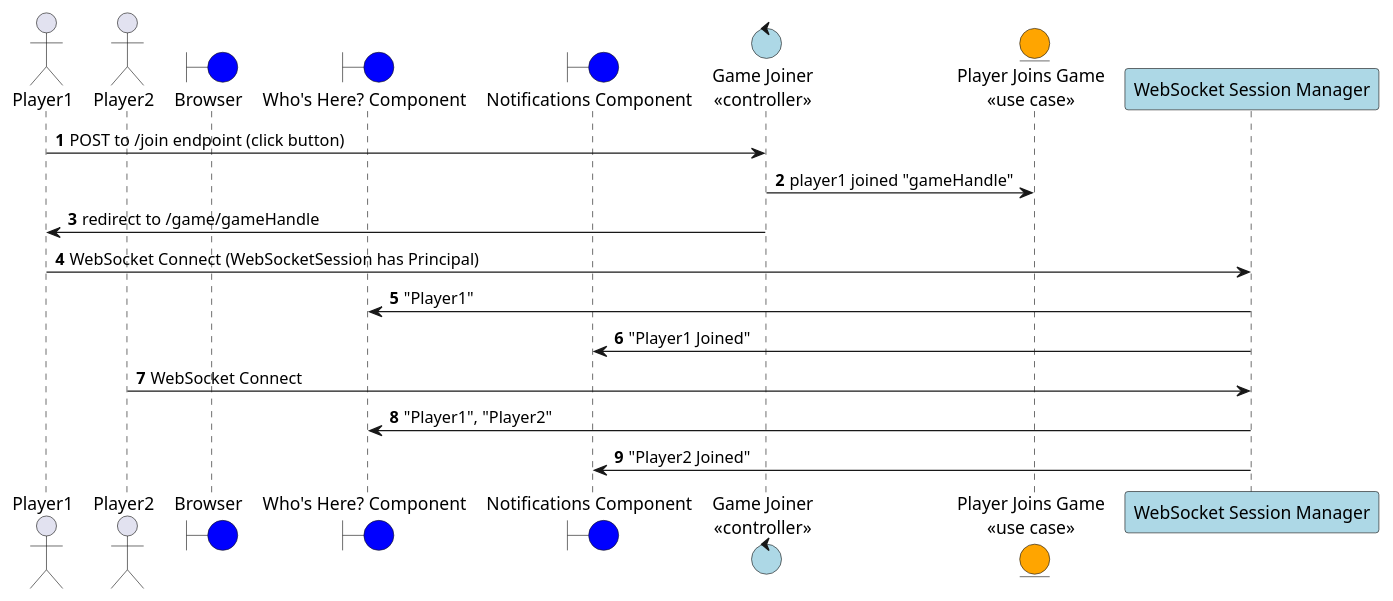
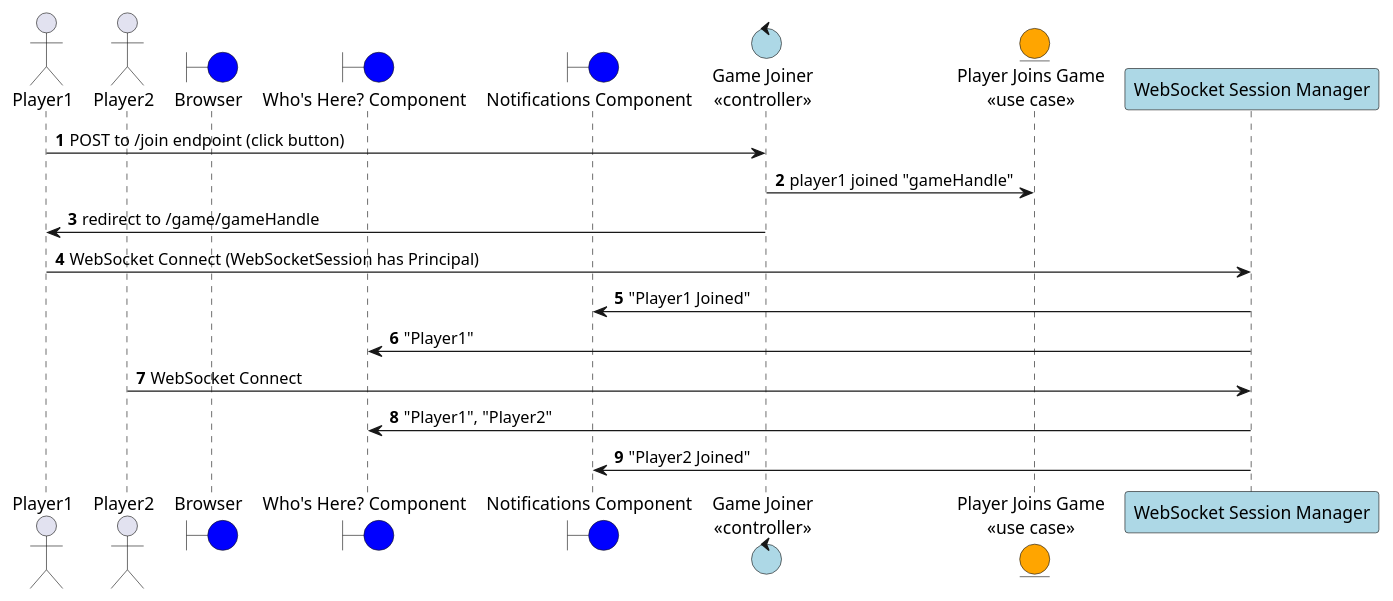
The diagram in join-websocket-sequence.puml (jitterted/tdd-game), drawn with PlantUML before and after one commit. The commit also changed other lines of this file and 10 other files, not shown here.

```diff
--- a/join-websocket-sequence.puml
+++ b/join-websocket-sequence.puml
@@ -1,26 +1,26 @@
 @startuml
 'https://plantuml.com/sequence-diagram
 
 autonumber
 
 actor Player1
 actor Player2
 boundary "Browser" as Browser #blue
 boundary "Who's Here? Component" as WhoHere #blue
 boundary "Notifications Component" as Notifications #blue
 control "Game Joiner\n<<controller>>" as GameJoiner #lightblue
 entity "Player Joins Game\n<<use case>>" as PlayerJoinsGame #orange
 participant "WebSocket Session Manager" as WebSocketMgr #lightblue
 
 Player1 -> GameJoiner: POST to /join endpoint (click button)
 GameJoiner -> PlayerJoinsGame: player1 joined "gameHandle"
 GameJoiner -> Player1: redirect to /game/gameHandle
 Player1 -> WebSocketMgr: WebSocket Connect (WebSocketSession has Principal)
+WebSocketMgr -> Notifications: "Player1 Joined"
 WebSocketMgr -> WhoHere: "Player1"
-WebSocketMgr -> Notifications: "Player1 Joined"
 
 Player2 -> WebSocketMgr: WebSocket Connect
 WebSocketMgr -> WhoHere: "Player1", "Player2"
 WebSocketMgr -> Notifications: "Player2 Joined"
 
 @enduml
```
